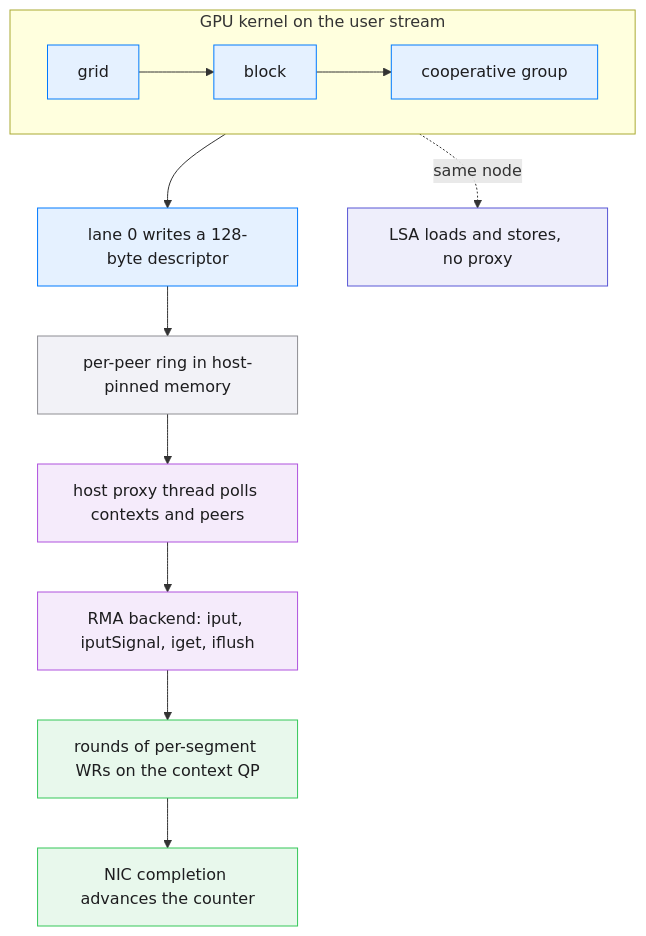
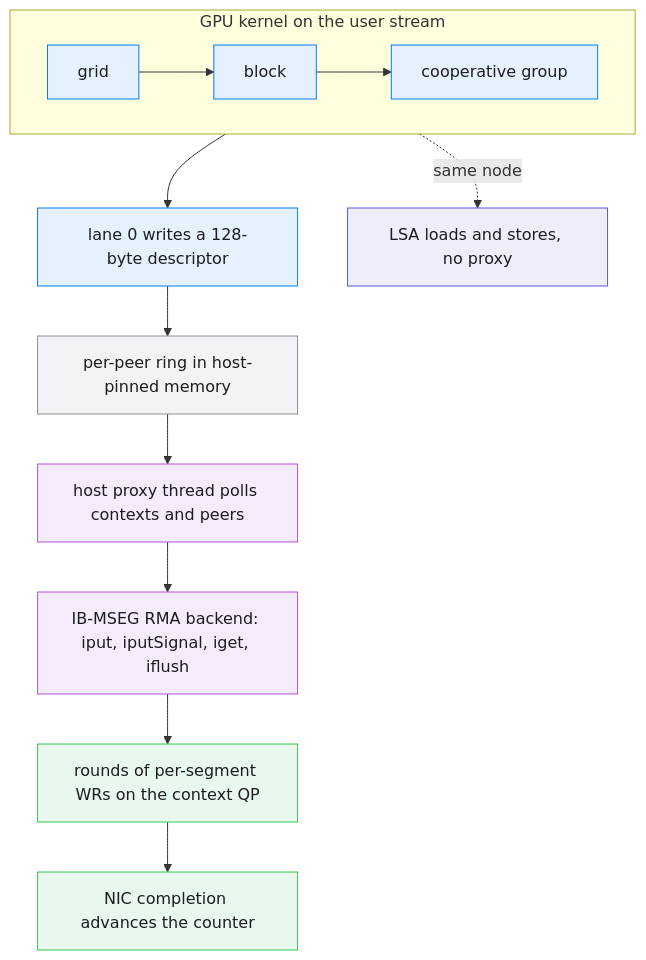
Before and after one commit to ROCm/rocm-systems: the second of 6 diagrams in projects/rccl/docs/design/multi_segment_gin_rma.md, drawn with Mermaid. The commit also changed other lines of this file and 16 other files, not shown here.

````diff
--- a/projects/rccl/docs/design/multi_segment_gin_rma.md
+++ b/projects/rccl/docs/design/multi_segment_gin_rma.md
@@ -30,25 +30,25 @@
 ```mermaid
 %% caption: Thread hierarchy mapping from a GPU thread group to a QP on the NIC
 flowchart TD
  subgraph gpu["GPU kernel on the user stream"]
   direction LR
   grid["grid"] --> block["block"] --> coop["cooperative group"]
  end
  gpu --> lane["lane 0 writes a 128-byte descriptor"]
  lane --> ring["per-peer ring in host-pinned memory"]
  ring --> poll["host proxy thread polls contexts and peers"]
- poll --> rma["RMA backend: iput, iputSignal, iget, iflush"]
+ poll --> rma["IB-MSEG RMA backend: iput, iputSignal, iget, iflush"]
  rma --> split["rounds of per-segment WRs on the context QP"]
  split --> done["NIC completion advances the counter"]
  gpu -.->|"same node"| lsa["LSA loads and stores, no proxy"]
  classDef gin fill:#e5f1ff,stroke:#007aff,color:#1d1d1f
  classDef rma fill:#f5ebfb,stroke:#af52de,color:#1d1d1f
  classDef hostmem fill:#f2f2f7,stroke:#8e8e93,color:#1d1d1f
  classDef devmem fill:#eeeefb,stroke:#5856d6,color:#1d1d1f
  classDef okpath fill:#e8f8ec,stroke:#34c759,color:#1d1d1f
  class grid,block,coop,lane gin
  class poll,rma rma
  class ring hostmem
  class split,done okpath
  class lsa devmem
 ```
````
